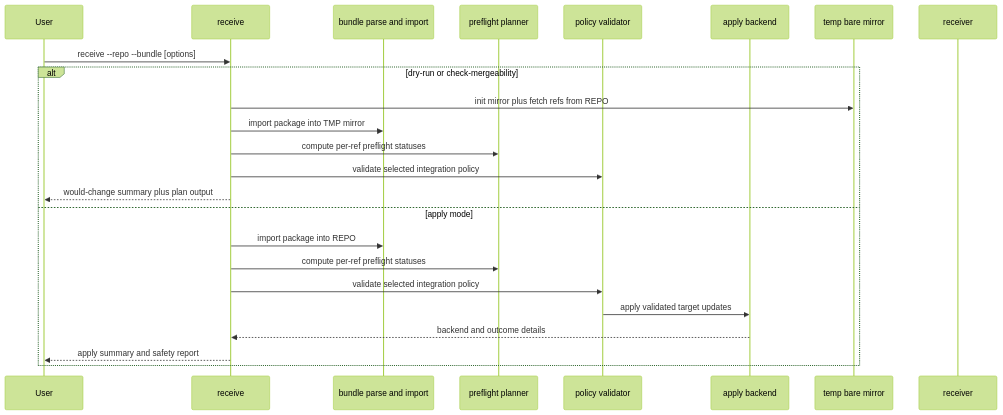
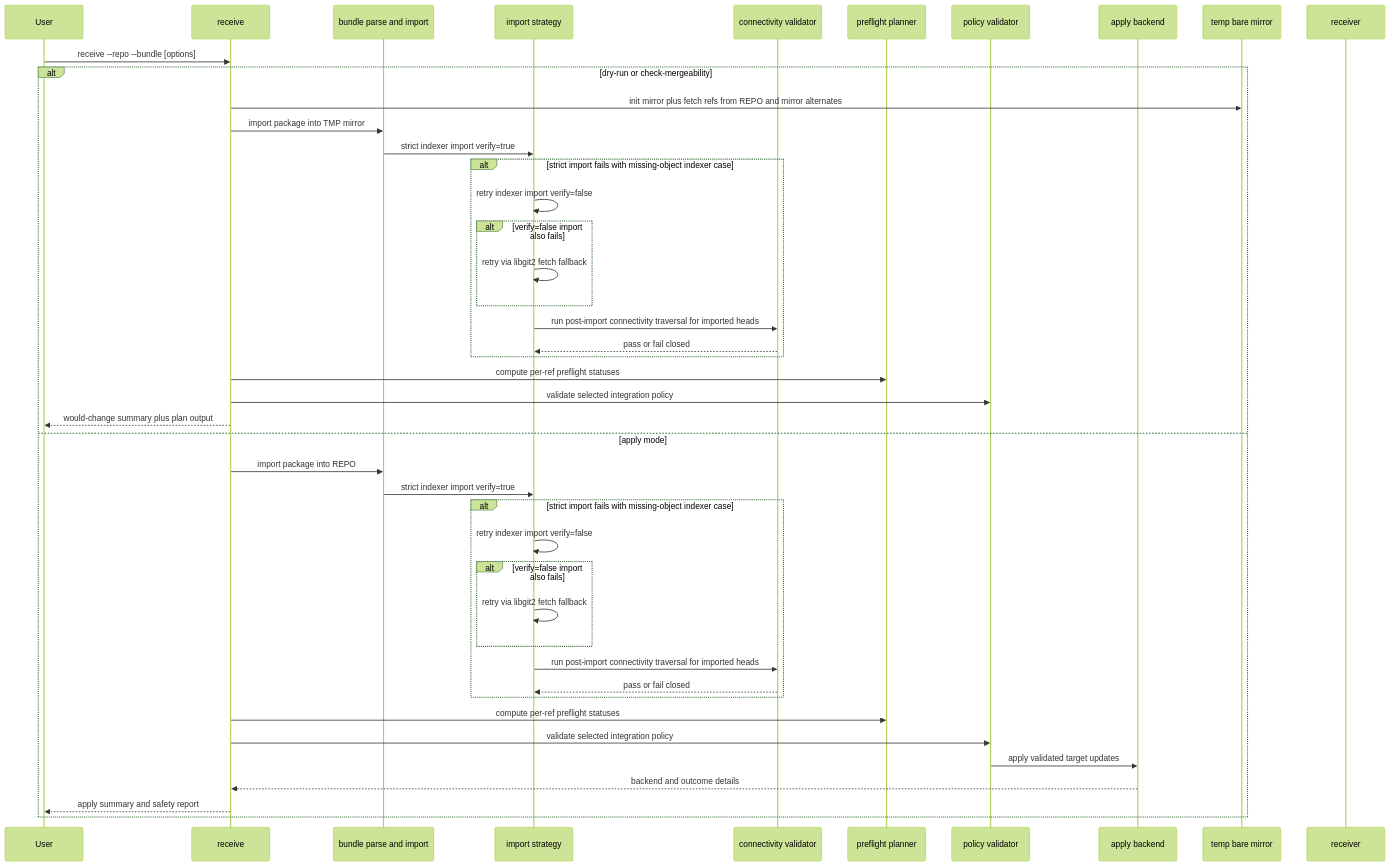
The eighth of 14 diagrams in docs/SDD_SAD.md (daredem0/git-sync), drawn with Mermaid (forest theme) before and after one commit. The commit also changed other lines of this file and 1 other file, not shown here.

````diff
--- a/docs/SDD_SAD.md
+++ b/docs/SDD_SAD.md
@@ -469,27 +475,47 @@
 ```mermaid
 sequenceDiagram
     participant U as User
     participant R as receive
     participant B as bundle parse and import
+    participant I as import strategy
+    participant C as connectivity validator
     participant P as preflight planner
     participant V as policy validator
     participant A as apply backend
     participant TMP as temp bare mirror
     participant REPO as receiver
 
     U->>R: receive --repo --bundle [options]
     alt dry-run or check-mergeability
-        R->>TMP: init mirror plus fetch refs from REPO
+        R->>TMP: init mirror plus fetch refs from REPO and mirror alternates
         R->>B: import package into TMP mirror
+        B->>I: strict indexer import verify=true
+        alt strict import fails with missing-object indexer case
+            I->>I: retry indexer import verify=false
+            alt verify=false import also fails
+                I->>I: retry via libgit2 fetch fallback
+            end
+            I->>C: run post-import connectivity traversal for imported heads
+            C-->>I: pass or fail closed
+        end
         R->>P: compute per-ref preflight statuses
         R->>V: validate selected integration policy
         R-->>U: would-change summary plus plan output
     else apply mode
         R->>B: import package into REPO
+        B->>I: strict indexer import verify=true
+        alt strict import fails with missing-object indexer case
+            I->>I: retry indexer import verify=false
+            alt verify=false import also fails
+                I->>I: retry via libgit2 fetch fallback
+            end
+            I->>C: run post-import connectivity traversal for imported heads
+            C-->>I: pass or fail closed
+        end
         R->>P: compute per-ref preflight statuses
         R->>V: validate selected integration policy
         V->>A: apply validated target updates
         A-->>R: backend and outcome details
         R-->>U: apply summary and safety report
     end
 ```
````
